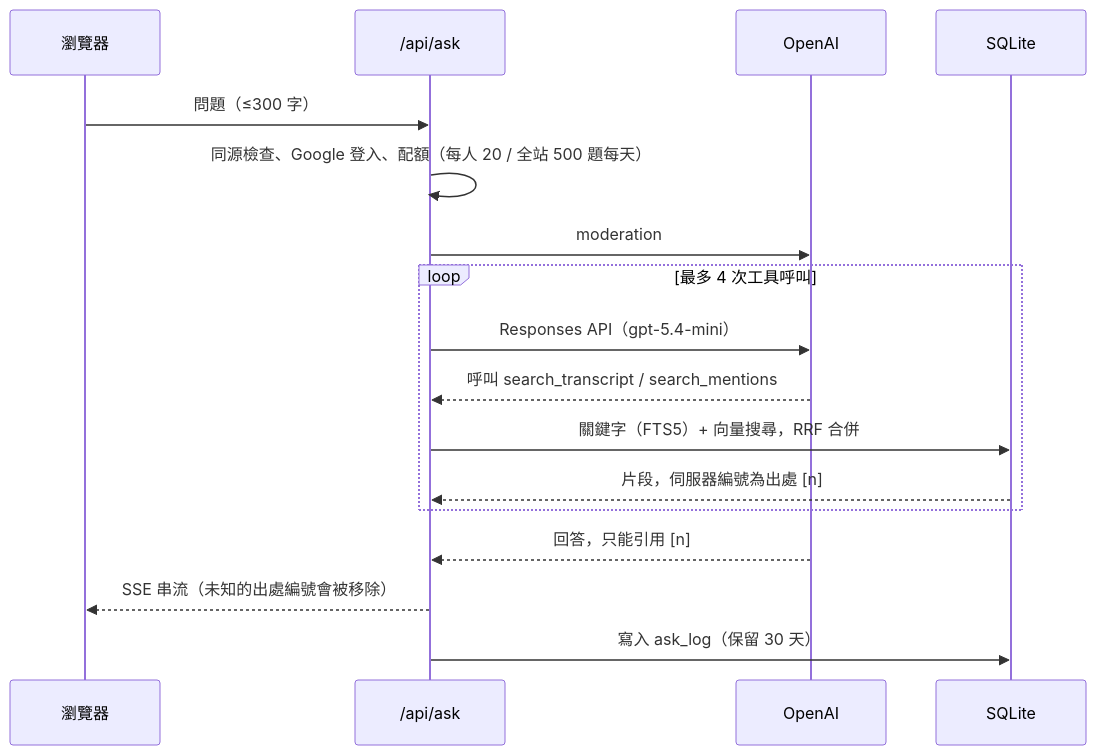
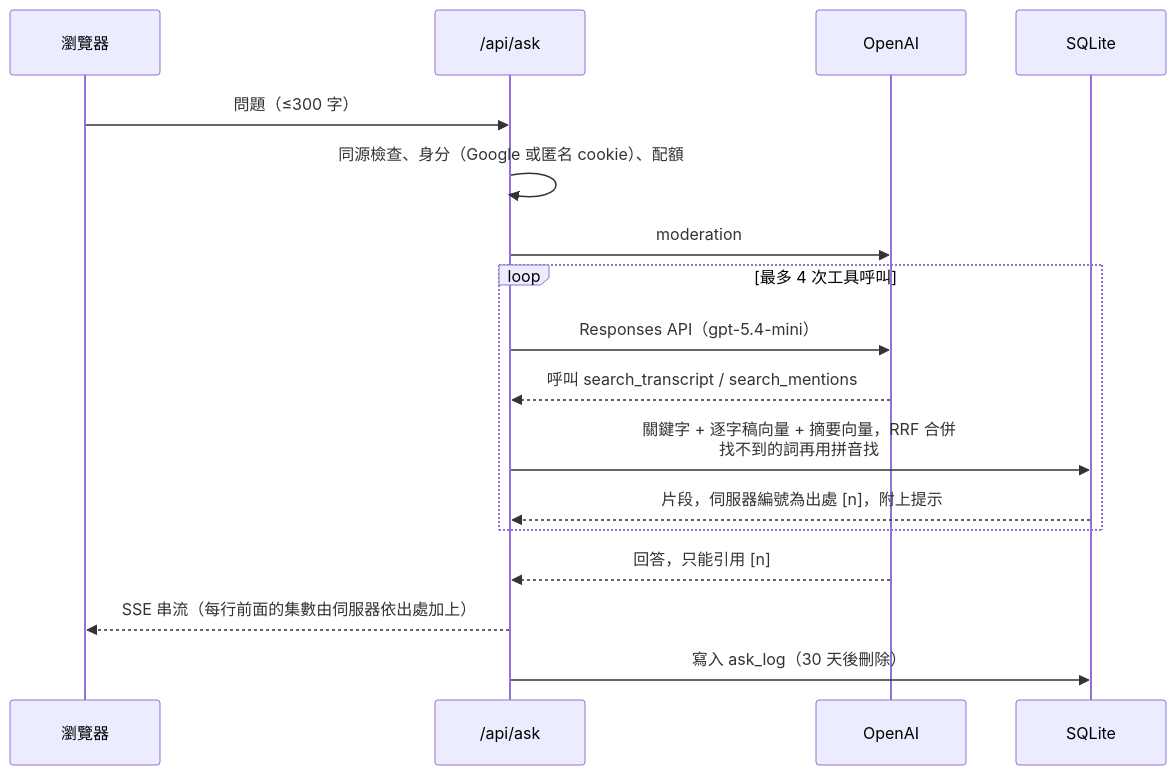
Before and after one commit to tommy3713/podcast-search: the fourth of 6 diagrams in README.md, drawn with Mermaid. The commit also changed other lines of this file, not shown here.

````diff
--- a/README.md
+++ b/README.md
@@ -78,19 +86,19 @@
 ```mermaid
 sequenceDiagram
   participant B as 瀏覽器
   participant A as /api/ask
   participant M as OpenAI
   participant D as SQLite
   B->>A: 問題（≤300 字）
-  A->>A: 同源檢查、Google 登入、配額（每人 20 / 全站 500 題每天）
+  A->>A: 同源檢查、身分（Google 或匿名 cookie）、配額
   A->>M: moderation
   loop 最多 4 次工具呼叫
     A->>M: Responses API（gpt-5.4-mini）
     M-->>A: 呼叫 search_transcript / search_mentions
-    A->>D: 關鍵字（FTS5）+ 向量搜尋，RRF 合併
-    D-->>A: 片段，伺服器編號為出處 [n]
+    A->>D: 關鍵字 + 逐字稿向量 + 摘要向量，RRF 合併<br/>找不到的詞再用拼音找
+    D-->>A: 片段，伺服器編號為出處 [n]，附上提示
   end
   M-->>A: 回答，只能引用 [n]
-  A-->>B: SSE 串流（未知的出處編號會被移除）
-  A->>D: 寫入 ask_log（保留 30 天）
+  A-->>B: SSE 串流（每行前面的集數由伺服器依出處加上）
+  A->>D: 寫入 ask_log（30 天後刪除）
 ```
````
